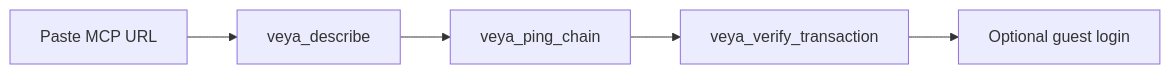
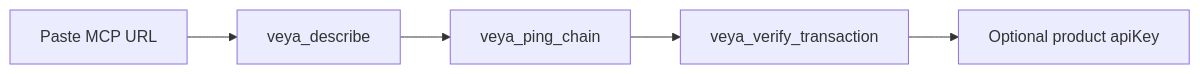
Before and after one commit to veyanet/veya-mcp: the diagram in docs/QUICKSTART.md, drawn with Mermaid. The commit also changed other lines of this file, not shown here.

````diff
--- a/docs/QUICKSTART.md
+++ b/docs/QUICKSTART.md
@@ -33,7 +33,7 @@
 ```mermaid
 flowchart LR
   A["Paste MCP URL"] --> B["veya_describe"]
   B --> C["veya_ping_chain"]
   C --> D["veya_verify_transaction"]
-  D --> E["Optional guest login"]
+  D --> E["Optional product apiKey"]
 ```
````
